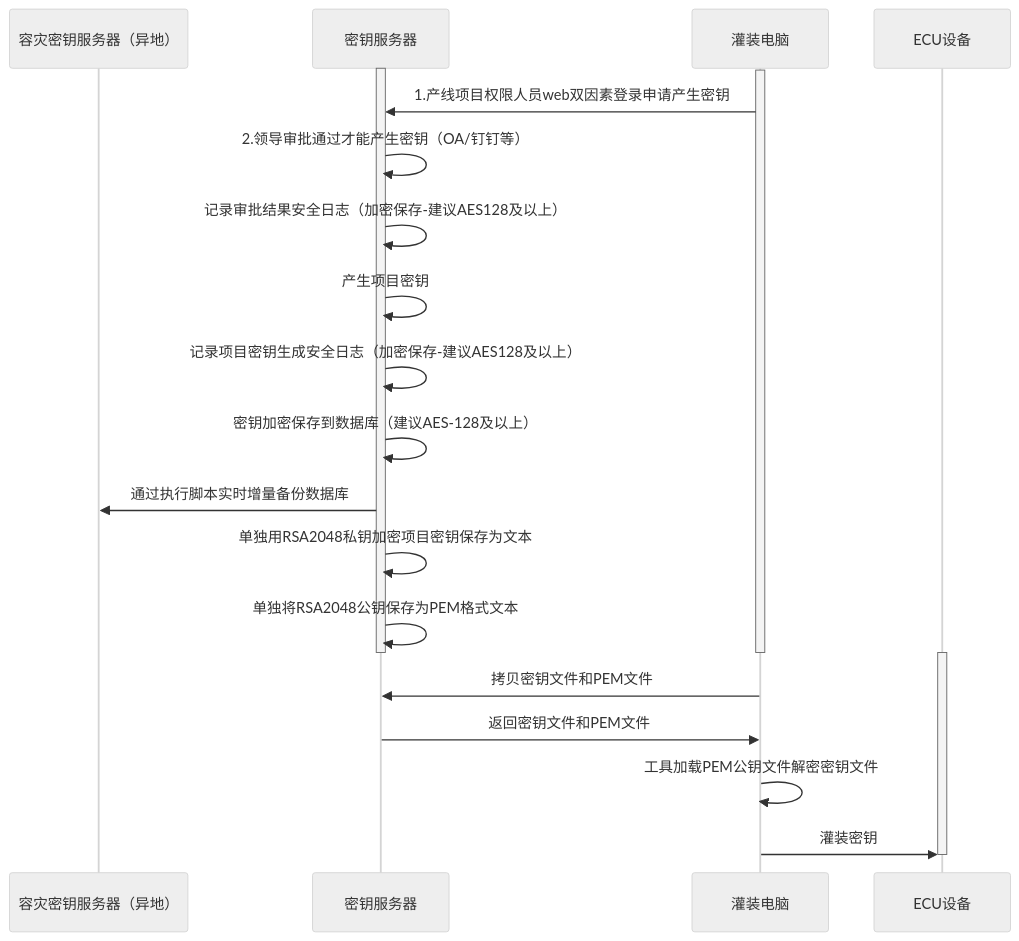
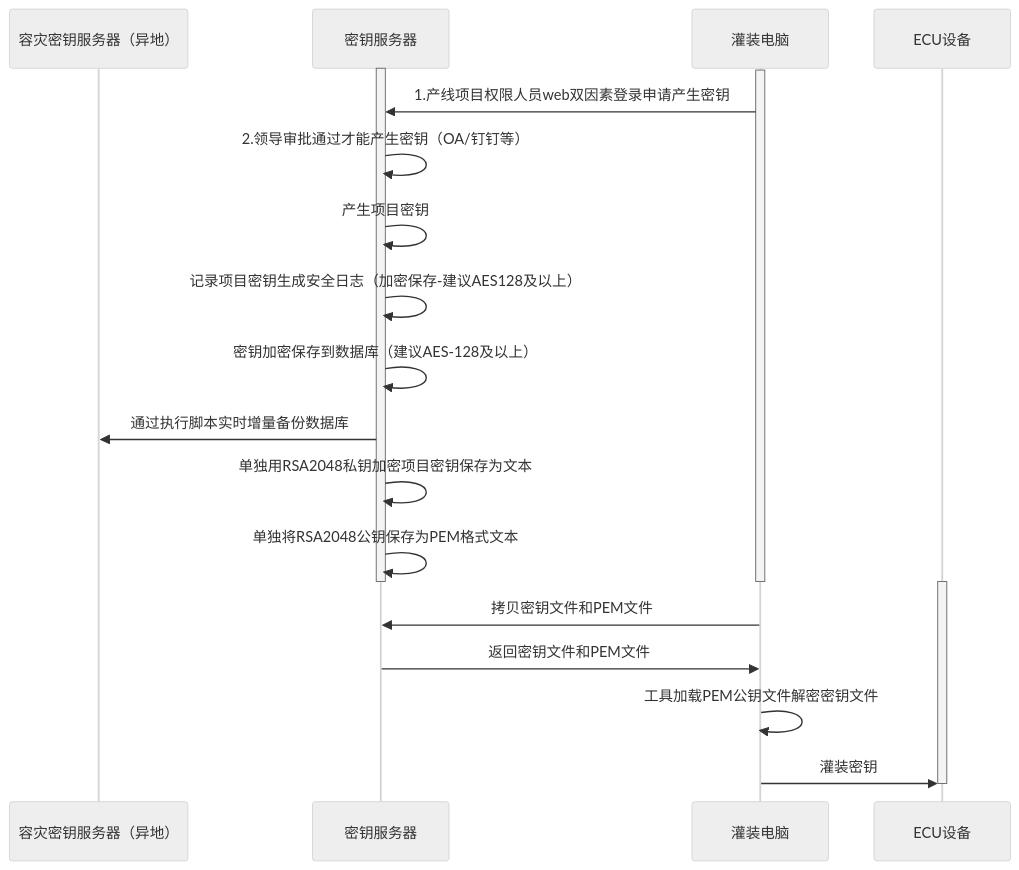
Before and after one commit to facebook-cloud/iodraw-files: the diagram in all/未命名-15.md, drawn with Mermaid (neutral theme).

Commit message:
2026-02-11 19:41:55 update

````diff
--- a/all/未命名-15.md
+++ b/all/未命名-15.md
@@ -1,30 +1,29 @@
 ```mermaid
 sequenceDiagram
     participant A as 容灾密钥服务器（异地）
     participant B as 密钥服务器
     participant D as 灌装电脑
     participant E as ECU设备
 
     activate B
     activate D
     D->>B: 1.产线项目权限人员web双因素登录申请产生密钥
     B->>B: 2.领导审批通过才能产生密钥（OA/钉钉等）
-    B->>B: 记录审批结果安全日志（加密保存-建议AES128及以上）
     B->>B: 产生项目密钥
     B->>B: 记录项目密钥生成安全日志（加密保存-建议AES128及以上）
     B->>B: 密钥加密保存到数据库（建议AES-128及以上）
     B->>A: 通过执行脚本实时增量备份数据库
 
     B->>B: 单独用RSA2048私钥加密项目密钥保存为文本
     B->>B: 单独将RSA2048公钥保存为PEM格式文本
     deactivate B
     deactivate D
 
     activate E
     D->>B: 拷贝密钥文件和PEM文件
     B->>D: 返回密钥文件和PEM文件
     D->>D:工具加载PEM公钥文件解密密钥文件
     D->>E: 灌装密钥
     deactivate E
 
 ```
````
